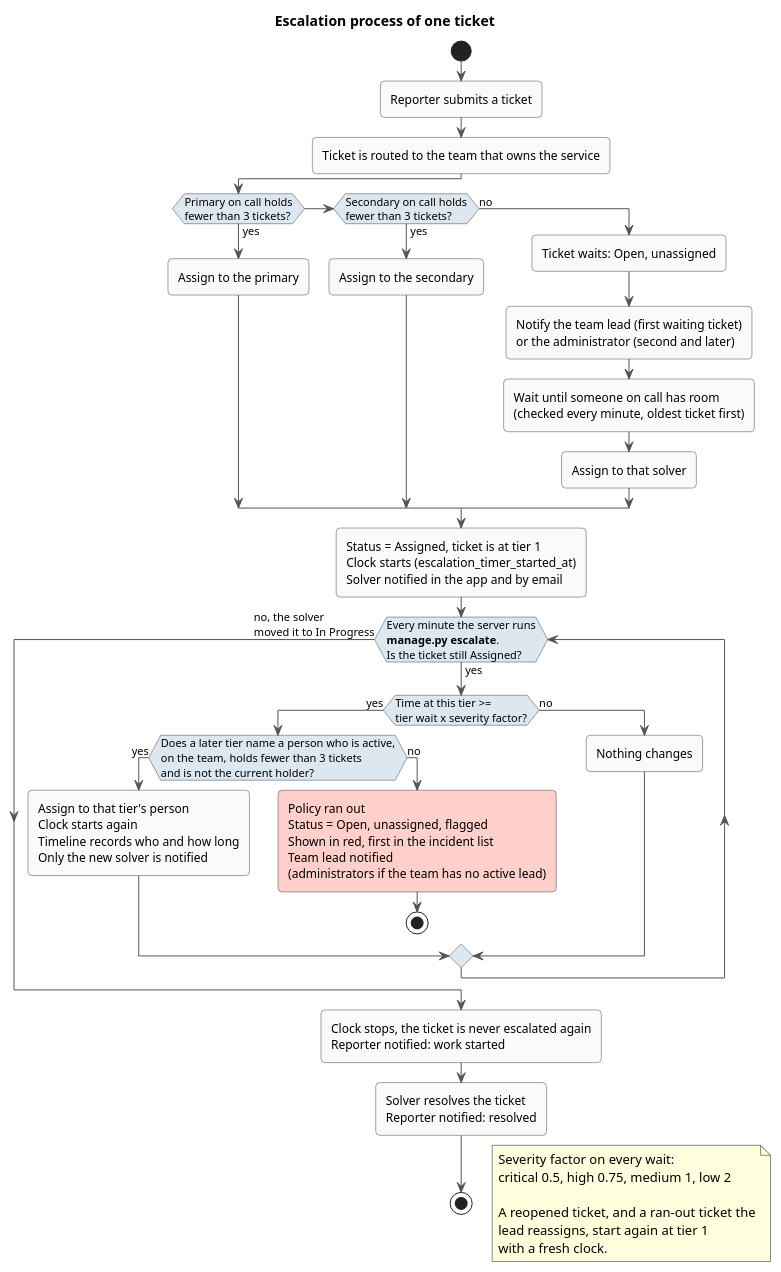
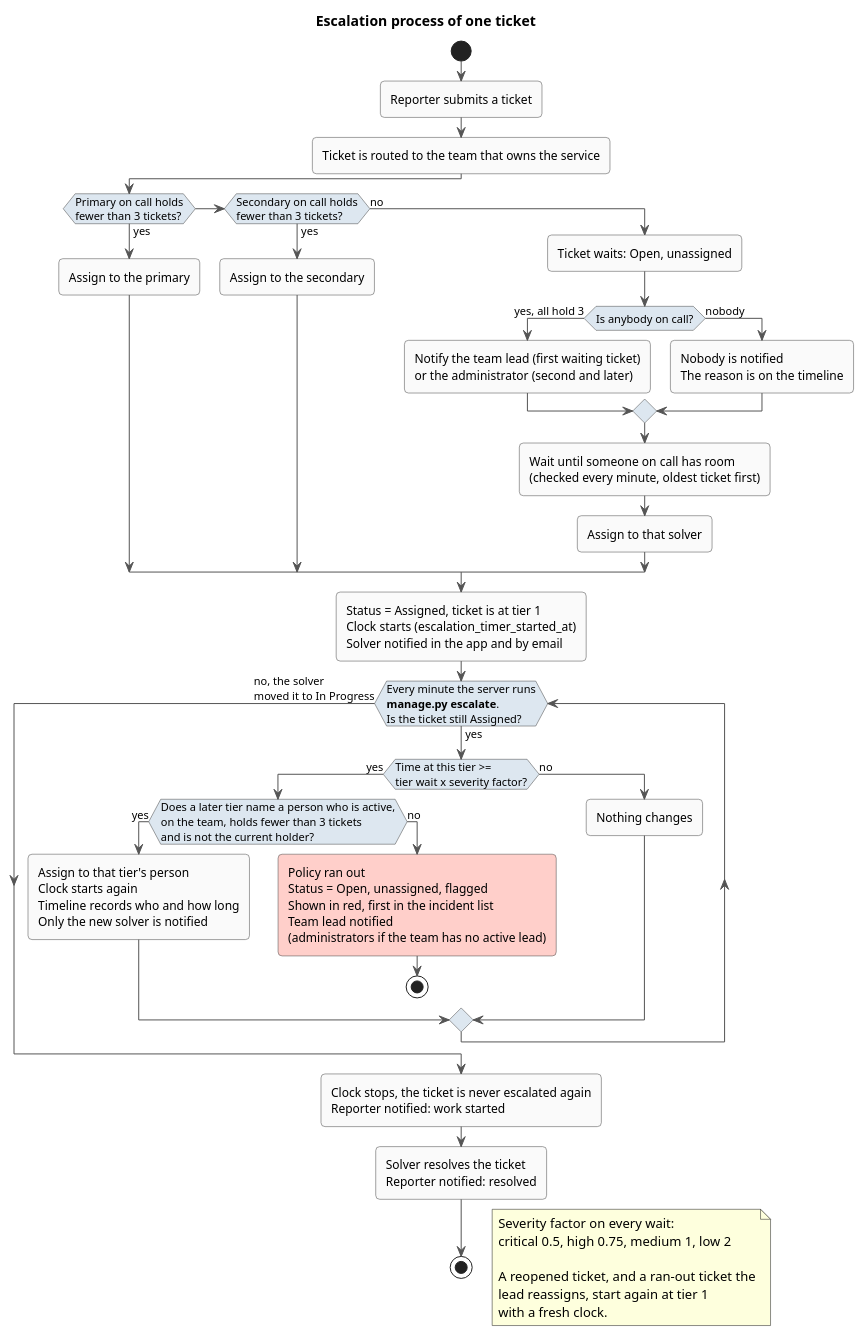
One commit to ZiedRbd/COSC-3339-Fall-2026-Term-Project changed the diagram in docs/escalation-activity.puml. Above: the diagram before and after it, drawn with PlantUML. The commit also changed 5 other files, not shown here.

Commit message:
Docs match the code: the Sprint 4 ER diagram lists every column of the changed tables, the activity diagram shows who is told when a ticket waits, the administrator flag is in the ER diagrams, and the README shift rules say exactly what the checks do

```diff
--- a/docs/escalation-activity.puml
+++ b/docs/escalation-activity.puml
@@ -1,57 +1,61 @@
 @startuml CampusDesk escalation activity
 skinparam shadowing false
 skinparam roundCorner 8
 skinparam ArrowColor #555555
 skinparam activity {
   BackgroundColor #FAFAFA
   BorderColor #444444
   DiamondBackgroundColor #DDE7F0
   DiamondBorderColor #444444
 }
 
 title Escalation process of one ticket
 
 start
 :Reporter submits a ticket;
 :Ticket is routed to the team that owns the service;
 
 if (Primary on call holds\nfewer than 3 tickets?) then (yes)
   :Assign to the primary;
 elseif (Secondary on call holds\nfewer than 3 tickets?) then (yes)
   :Assign to the secondary;
 else (no)
   :Ticket waits: Open, unassigned;
-  :Notify the team lead (first waiting ticket)\nor the administrator (second and later);
+  if (Is anybody on call?) then (yes, all hold 3)
+    :Notify the team lead (first waiting ticket)\nor the administrator (second and later);
+  else (nobody)
+    :Nobody is notified\nThe reason is on the timeline;
+  endif
   :Wait until someone on call has room\n(checked every minute, oldest ticket first);
   :Assign to that solver;
 endif
 
 :Status = Assigned, ticket is at tier 1\nClock starts (escalation_timer_started_at)\nSolver notified in the app and by email;
 
 while (Every minute the server runs\n**manage.py escalate**.\nIs the ticket still Assigned?) is (yes)
   if (Time at this tier >=\ntier wait x severity factor?) then (yes)
     if (Does a later tier name a person who is active,\non the team, holds fewer than 3 tickets\nand is not the current holder?) then (yes)
       :Assign to that tier's person\nClock starts again\nTimeline records who and how long\nOnly the new solver is notified;
     else (no)
       #FFCFCA:Policy ran out\nStatus = Open, unassigned, flagged\nShown in red, first in the incident list\nTeam lead notified\n(administrators if the team has no active lead);
       stop
     endif
   else (no)
     :Nothing changes;
   endif
 endwhile (no, the solver\nmoved it to In Progress)
 
 :Clock stops, the ticket is never escalated again\nReporter notified: work started;
 :Solver resolves the ticket\nReporter notified: resolved;
 stop
 
 floating note right
   Severity factor on every wait:
   critical 0.5, high 0.75, medium 1, low 2
 
   A reopened ticket, and a ran-out ticket the
   lead reassigns, start again at tier 1
   with a fresh clock.
 end note
 
 @enduml
```
